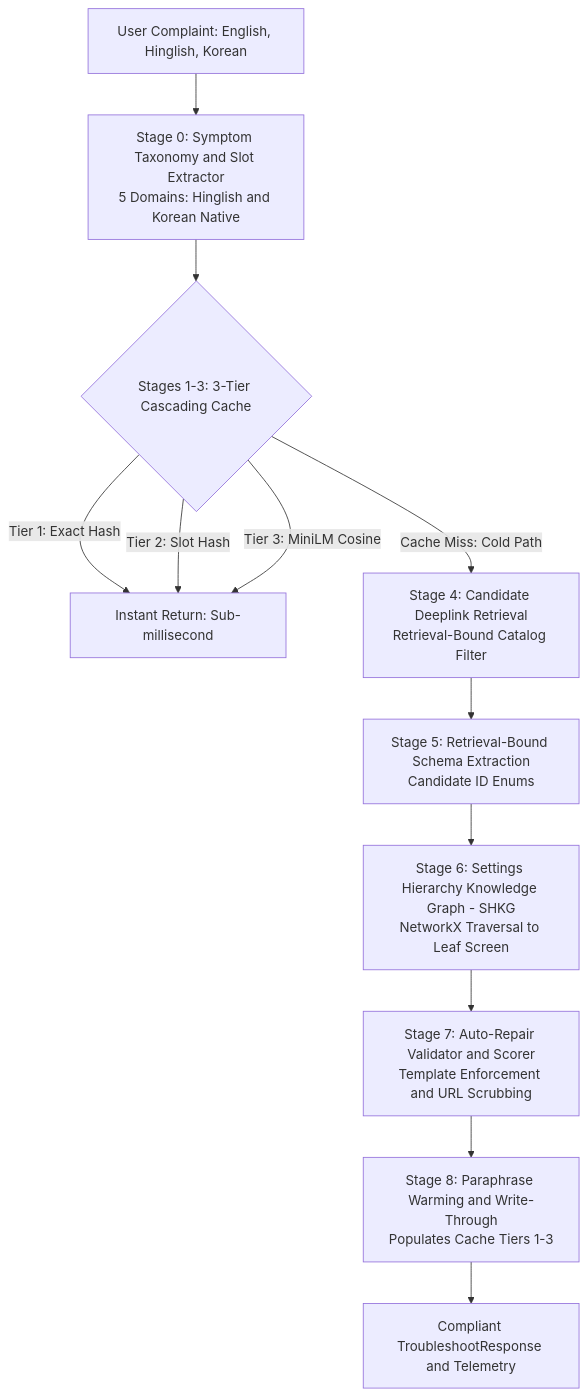
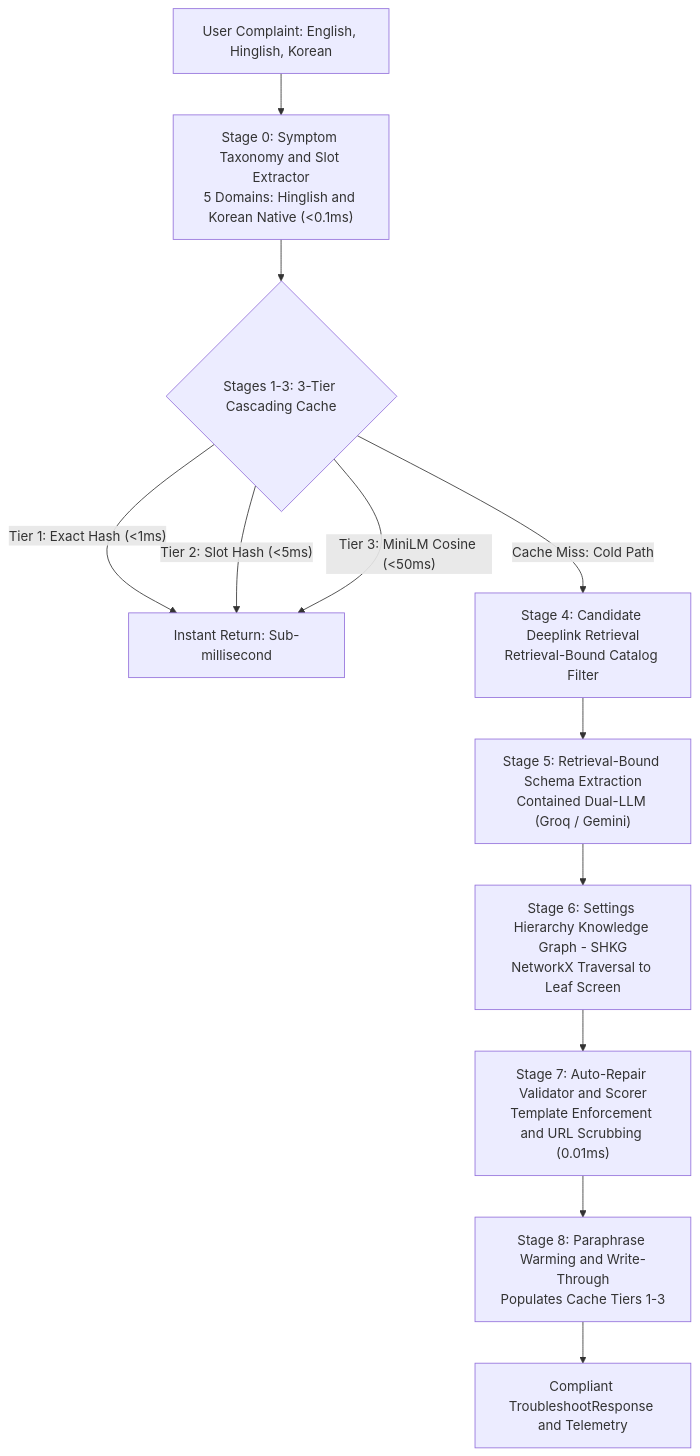
One commit to Nishant-codess/fixby-galaxy-engine changed the diagram in README.md. Above: the diagram before and after it, drawn with Mermaid. The commit also changed other lines of this file and 2 other files, not shown here.

````diff
--- a/README.md
+++ b/README.md
@@ -79,14 +99,14 @@
 ```mermaid
 flowchart TD
-    A["User Complaint: English, Hinglish, Korean"] --> S0["Stage 0: Symptom Taxonomy and Slot Extractor<br/>5 Domains: Hinglish and Korean Native"]
+    A["User Complaint: English, Hinglish, Korean"] --> S0["Stage 0: Symptom Taxonomy and Slot Extractor<br/>5 Domains: Hinglish and Korean Native (<0.1ms)"]
     S0 --> S1{"Stages 1-3: 3-Tier Cascading Cache"}
-    S1 -->|"Tier 1: Exact Hash"| HIT["Instant Return: Sub-millisecond"]
-    S1 -->|"Tier 2: Slot Hash"| HIT
-    S1 -->|"Tier 3: MiniLM Cosine"| HIT
+    S1 -->|"Tier 1: Exact Hash (<1ms)"| HIT["Instant Return: Sub-millisecond"]
+    S1 -->|"Tier 2: Slot Hash (<5ms)"| HIT
+    S1 -->|"Tier 3: MiniLM Cosine (<50ms)"| HIT
     S1 -->|"Cache Miss: Cold Path"| S4["Stage 4: Candidate Deeplink Retrieval<br/>Retrieval-Bound Catalog Filter"]
-    S4 --> S5["Stage 5: Retrieval-Bound Schema Extraction<br/>Candidate ID Enums"]
+    S4 --> S5["Stage 5: Retrieval-Bound Schema Extraction<br/>Contained Dual-LLM (Groq / Gemini)"]
     S5 --> S6["Stage 6: Settings Hierarchy Knowledge Graph - SHKG<br/>NetworkX Traversal to Leaf Screen"]
-    S6 --> S7["Stage 7: Auto-Repair Validator and Scorer<br/>Template Enforcement and URL Scrubbing"]
+    S6 --> S7["Stage 7: Auto-Repair Validator and Scorer<br/>Template Enforcement and URL Scrubbing (0.01ms)"]
     S7 --> S8["Stage 8: Paraphrase Warming and Write-Through<br/>Populates Cache Tiers 1-3"]
     S8 --> OUT["Compliant TroubleshootResponse and Telemetry"]
 ```
````
